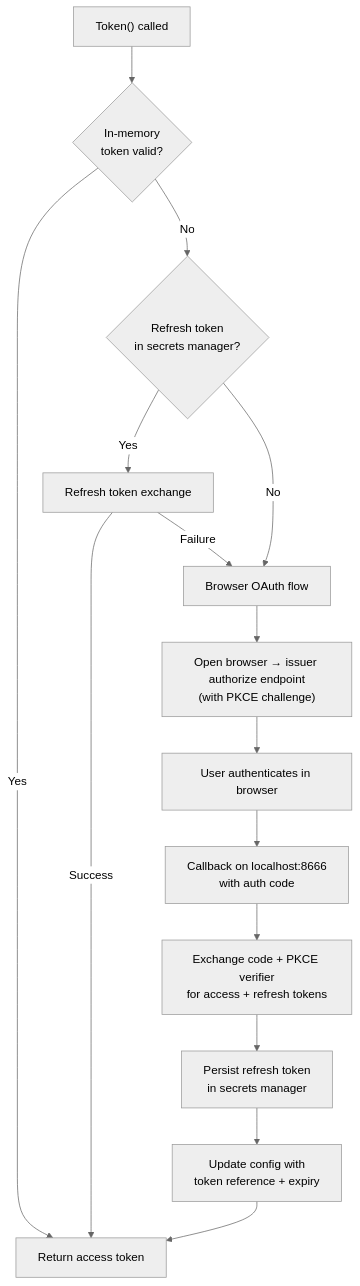
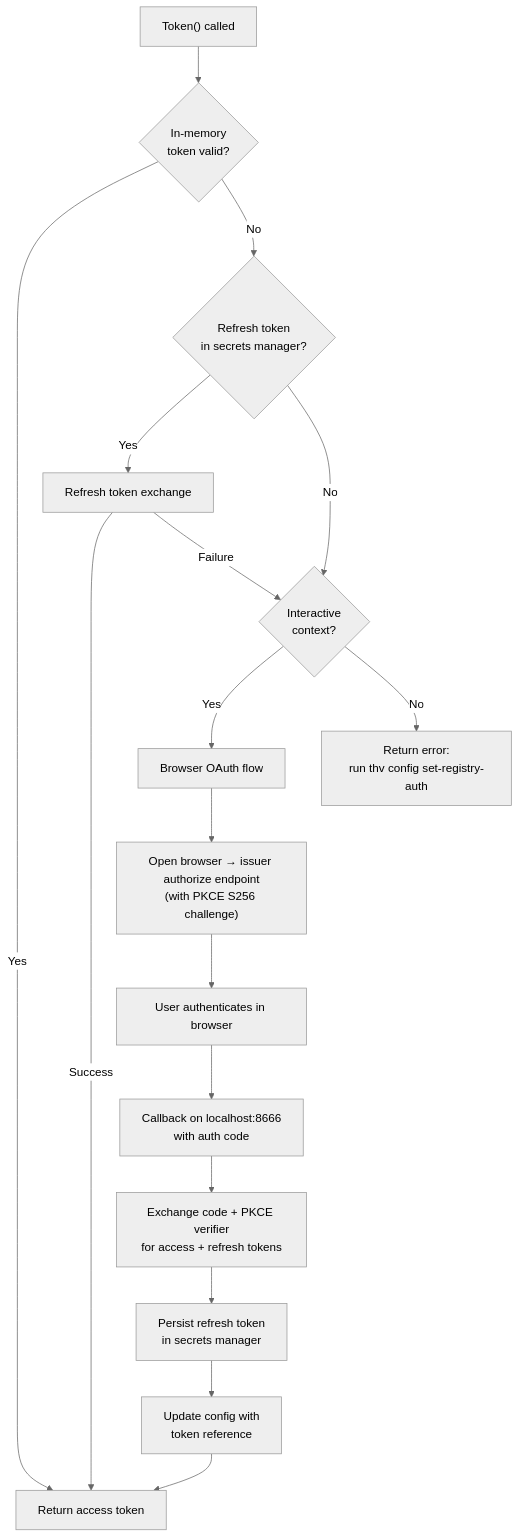
Before and after one commit to stacklok/toolhive-rfcs: the second of 3 diagrams in rfcs/THV-0043-registry-authentication.md, drawn with Mermaid (neutral theme). The commit also changed other lines of this file, not shown here.

````diff
--- a/rfcs/THV-0043-registry-authentication.md
+++ b/rfcs/THV-0043-registry-authentication.md
@@ -267,17 +300,19 @@
 ```mermaid
 flowchart TD
     A["Token() called"] --> B{"In-memory<br/>token valid?"}
     B -->|Yes| C["Return access token"]
     B -->|No| D{"Refresh token<br/>in secrets manager?"}
     D -->|Yes| E["Refresh token exchange"]
     E -->|Success| C
-    E -->|Failure| F["Browser OAuth flow"]
+    E -->|Failure| F{"Interactive<br/>context?"}
     D -->|No| F
-    F --> G["Open browser → issuer authorize endpoint<br/>(with PKCE challenge)"]
-    G --> H["User authenticates in browser"]
-    H --> I["Callback on localhost:8666<br/>with auth code"]
-    I --> J["Exchange code + PKCE verifier<br/>for access + refresh tokens"]
-    J --> K["Persist refresh token<br/>in secrets manager"]
-    K --> L["Update config with<br/>token reference + expiry"]
-    L --> C
+    F -->|Yes| G["Browser OAuth flow"]
+    F -->|No| H["Return error:<br/>run thv config set-registry-auth"]
+    G --> I["Open browser → issuer authorize endpoint<br/>(with PKCE S256 challenge)"]
+    I --> J["User authenticates in browser"]
+    J --> K["Callback on localhost:8666<br/>with auth code"]
+    K --> L["Exchange code + PKCE verifier<br/>for access + refresh tokens"]
+    L --> M["Persist refresh token<br/>in secrets manager"]
+    M --> N["Update config with<br/>token reference"]
+    N --> C
 ```
````
